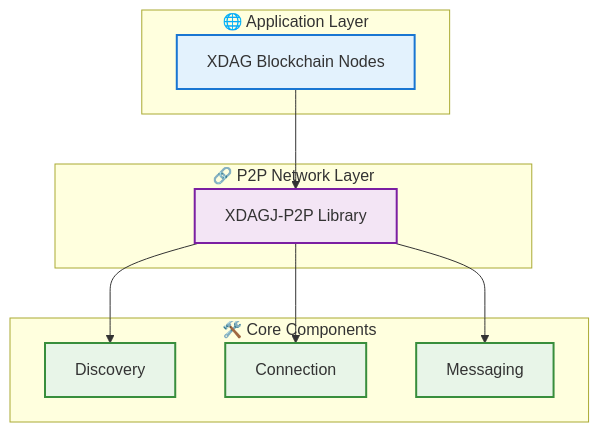
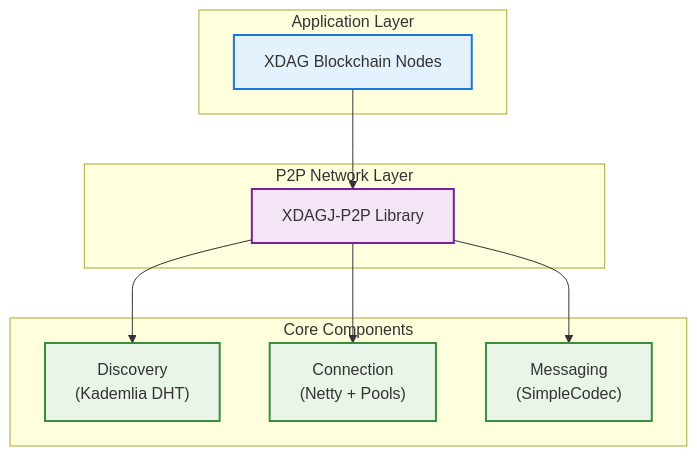
The diagram in README.md (XDagger/xdagj-p2p), drawn with Mermaid before and after one commit. The commit also changed other lines of this file and 2 other files, not shown here.

````diff
--- a/README.md
+++ b/README.md
@@ -167,27 +162,27 @@
 ```mermaid
 graph TB
-    subgraph "🌐 Application Layer"
+    subgraph "Application Layer"
         A["XDAG Blockchain Nodes"]
     end
 
-    subgraph "🔗 P2P Network Layer"
+    subgraph "P2P Network Layer"
         B["XDAGJ-P2P Library"]
     end
 
-    subgraph "🛠️ Core Components"
-        C["Discovery"]
-        D["Connection"]
-        E["Messaging"]
+    subgraph "Core Components"
+        C["Discovery<br/>(Kademlia DHT)"]
+        D["Connection<br/>(Netty + Pools)"]
+        E["Messaging<br/>(SimpleCodec)"]
     end
 
     A --> B
     B --> C
     B --> D
     B --> E
 
     style A fill:#e3f2fd,stroke:#1976d2,stroke-width:2px
     style B fill:#f3e5f5,stroke:#7b1fa2,stroke-width:2px
     style C fill:#e8f5e8,stroke:#388e3c,stroke-width:2px
     style D fill:#e8f5e8,stroke:#388e3c,stroke-width:2px
     style E fill:#e8f5e8,stroke:#388e3c,stroke-width:2px
 ```
````
